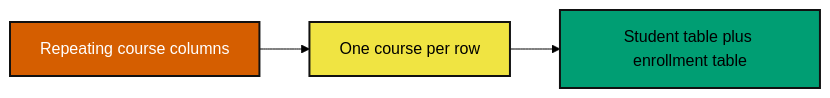
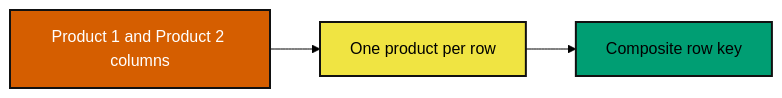
One commit to inqs909/d300_f26 changed the seventh of 9 diagrams in lectures/3a.qmd. Above: the diagram before and after it, drawn with Mermaid (forest theme). The commit also changed other lines of this file and 4 other files, not shown here.

````diff
--- a/lectures/3a.qmd
+++ b/lectures/3a.qmd
@@ -491,14 +482,14 @@
 ```{mermaid}
 
 flowchart LR
-  A[Repeating course columns] --> B[One course per row]
-  B --> C[Student table plus enrollment table]
+  A[Product 1 and Product 2 columns] --> B[One product per row]
+  B --> C[Composite row key]
 
   classDef red fill:#D55E00,color:#FFFFFF,stroke:#111111,stroke-width:2px
   classDef yellow fill:#F0E442,color:#000000,stroke:#111111,stroke-width:2px
   classDef green fill:#009E73,color:#000000,stroke:#111111,stroke-width:2px
 
   class A red
   class B yellow
   class C green
 ```
````
